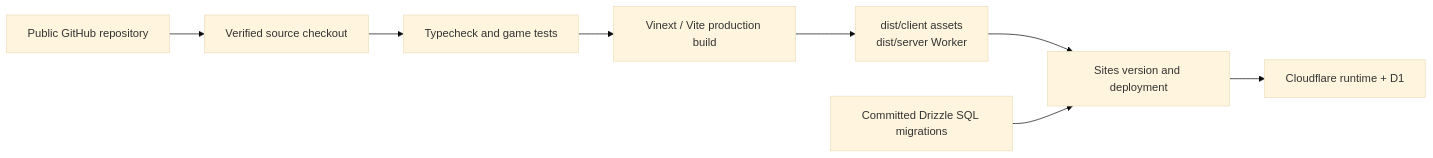
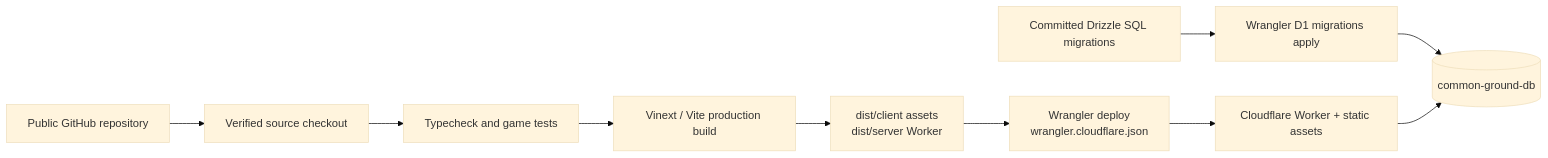
One commit to Sodeeqalli/common-ground changed the third of 3 diagrams in docs/system-architecture.md. Above: the diagram before and after it, drawn with Mermaid (base theme). The commit also changed other lines of this file and 6 other files, not shown here.

Commit message:
Deploy Common Ground to own Cloudflare Worker and D1

````diff
--- a/docs/system-architecture.md
+++ b/docs/system-architecture.md
@@ -116,10 +118,12 @@
 ```mermaid
 flowchart LR
     Source[Public GitHub repository] --> Checkout[Verified source checkout]
     Checkout --> Checks[Typecheck and game tests]
     Checks --> Build[Vinext / Vite production build]
     Build --> Output[dist/client assets<br/>dist/server Worker]
-    Output --> Publish[Sites version and deployment]
-    Migration[Committed Drizzle SQL migrations] --> Publish
-    Publish --> Hosted[Cloudflare runtime + D1]
+    Output --> Publish[Wrangler deploy<br/>wrangler.cloudflare.json]
+    Migration[Committed Drizzle SQL migrations] --> Migrate[Wrangler D1 migrations apply]
+    Migrate --> Database[(common-ground-db)]
+    Publish --> Hosted[Cloudflare Worker + static assets]
+    Hosted --> Database
 ```
````
